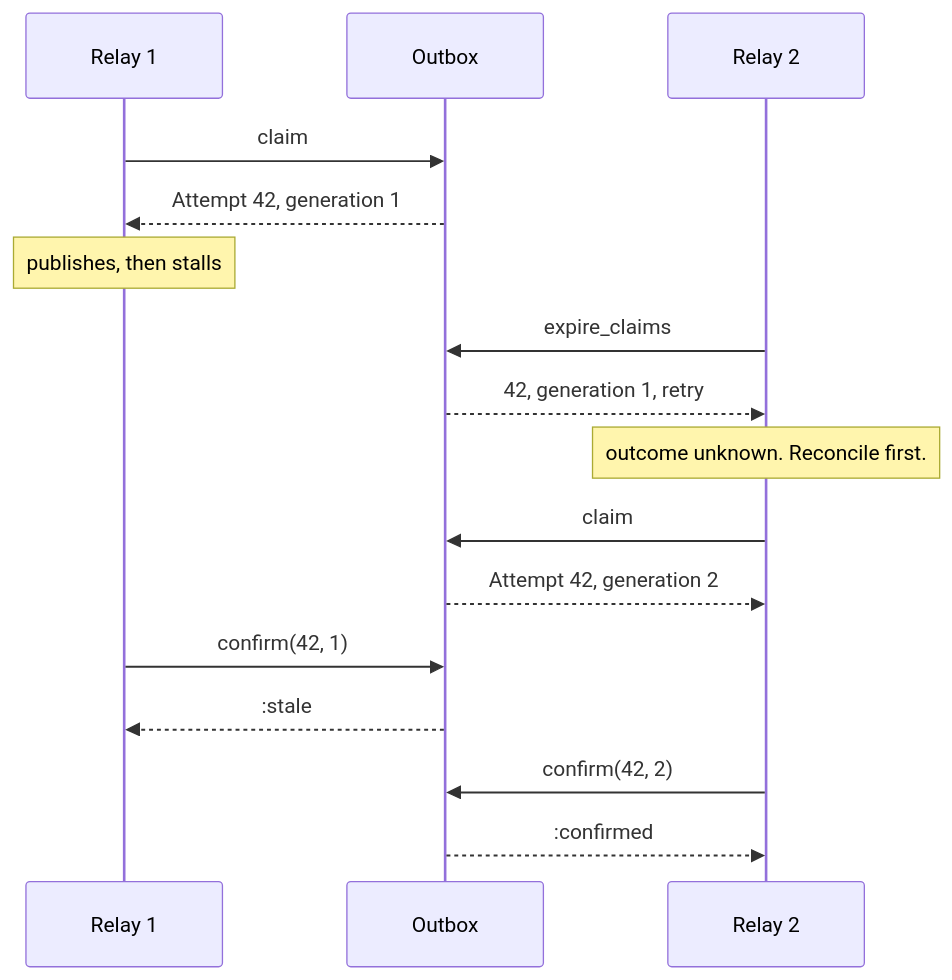
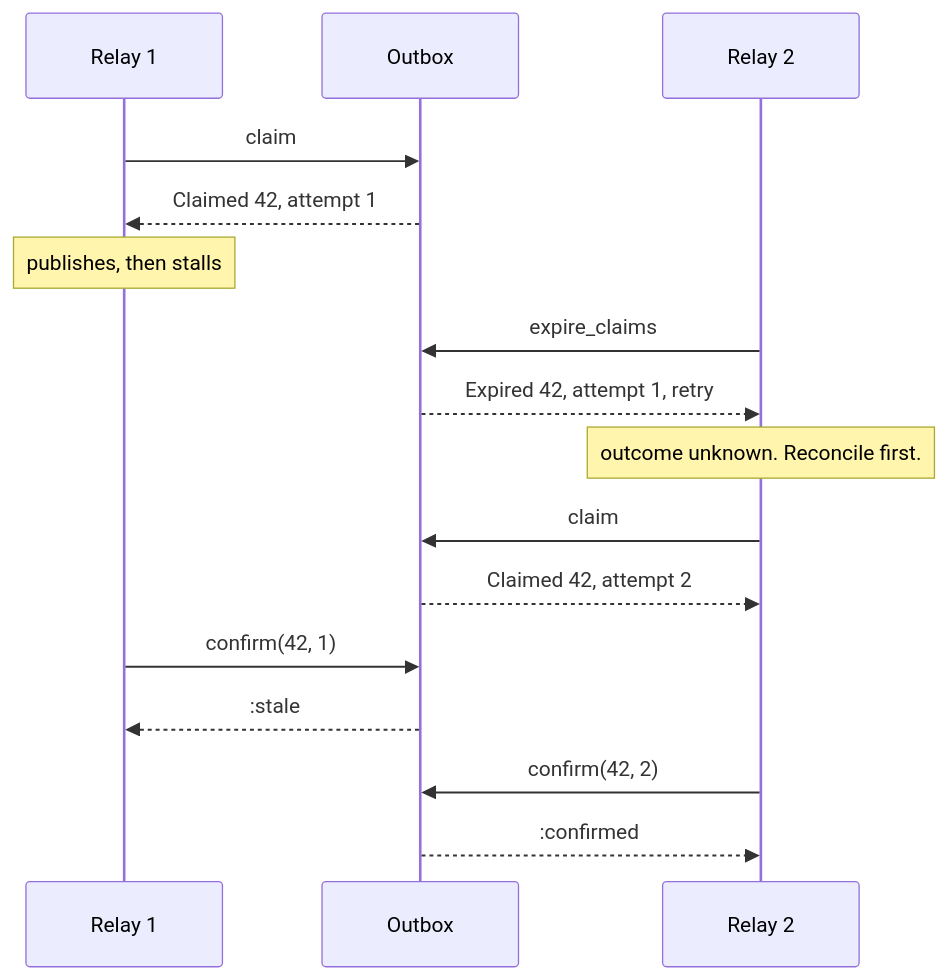
One commit to seuros/outbox_machines changed the second of 2 diagrams in README.md. Above: the diagram before and after it, drawn with Mermaid. The commit also changed other lines of this file and 13 other files, not shown here.

````diff
--- a/README.md
+++ b/README.md
@@ -80,23 +85,23 @@
 ```mermaid
 sequenceDiagram
     participant R1 as Relay 1
     participant O as Outbox
     participant R2 as Relay 2
 
     R1->>O: claim
-    O-->>R1: Attempt 42, generation 1
+    O-->>R1: Claimed 42, attempt 1
     Note over R1: publishes, then stalls
 
     R2->>O: expire_claims
-    O-->>R2: 42, generation 1, retry
+    O-->>R2: Expired 42, attempt 1, retry
     Note over R2: outcome unknown. Reconcile first.
 
     R2->>O: claim
-    O-->>R2: Attempt 42, generation 2
+    O-->>R2: Claimed 42, attempt 2
 
     R1->>O: confirm(42, 1)
     O-->>R1: :stale
 
     R2->>O: confirm(42, 2)
     O-->>R2: :confirmed
 ```
````
